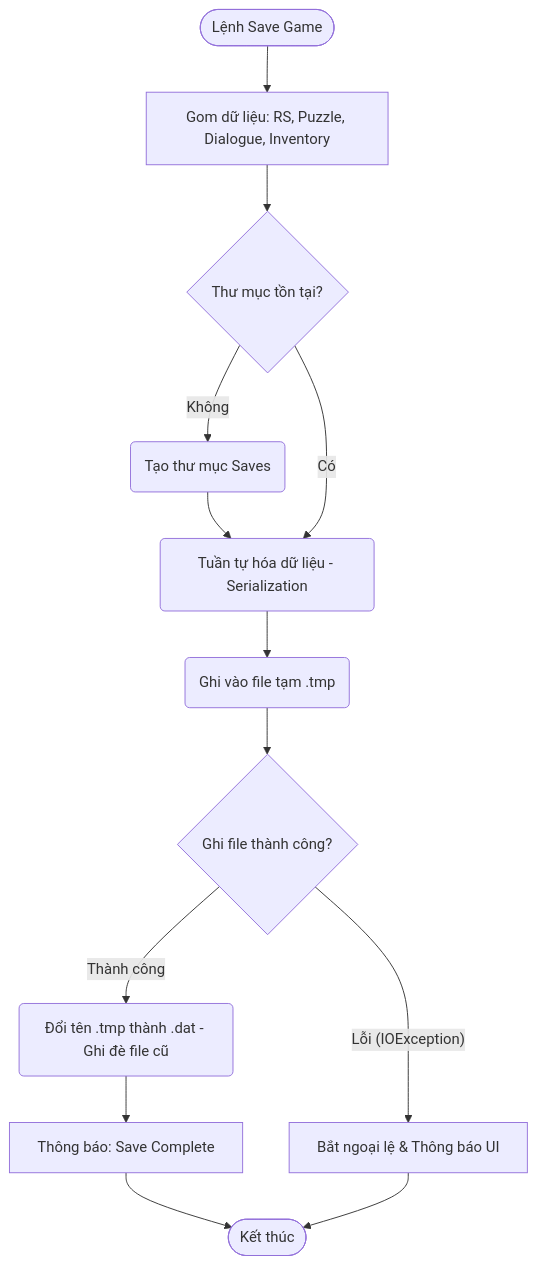
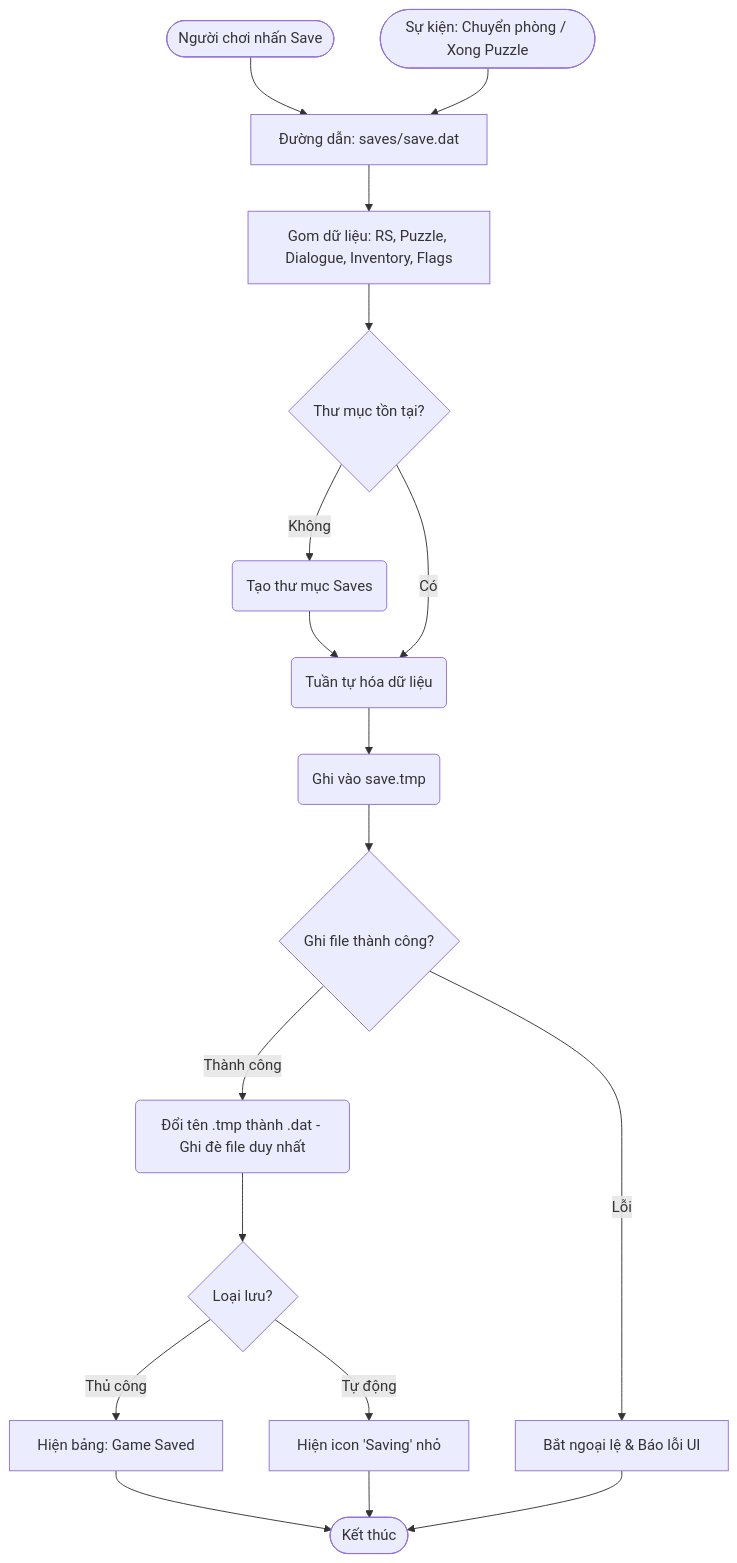
The first of 5 diagrams in UML/Sequence.md (trieuwu/Gnivol), drawn with Mermaid before and after one commit. The commit also changed other lines of this file, not shown here.

Commit message:
update saving logic

````diff
--- a/UML/Sequence.md
+++ b/UML/Sequence.md
@@ -1,19 +2,30 @@
 ```mermaid
 flowchart TD
-    Start([Lệnh Save Game]) --> Collect[Gom dữ liệu: RS, Puzzle, Dialogue, Inventory]
+%% Khởi đầu từ 2 hướng
+    TriggerManual([Người chơi nhấn Save]) --> SetSinglePath[Đường dẫn: saves/save.dat]
+    TriggerAuto([Sự kiện: Chuyển phòng / Xong Puzzle]) --> SetSinglePath
+
+    SetSinglePath --> Collect[Gom dữ liệu: RS, Puzzle, Dialogue, Inventory, Flags]
+
     Collect --> CheckDir{Thư mục tồn tại?}
-
     CheckDir -- "Không" --> CreateDir(Tạo thư mục Saves)
     CreateDir --> Serialize
-    CheckDir -- "Có" --> Serialize(Tuần tự hóa dữ liệu - Serialization)
+    CheckDir -- "Có" --> Serialize(Tuần tự hóa dữ liệu)
 
-    Serialize --> WriteTemp(Ghi vào file tạm .tmp)
+    Serialize --> WriteTemp(Ghi vào save.tmp)
     WriteTemp --> Verify{Ghi file thành công?}
 
-    Verify -- "Lỗi (IOException)" --> CatchErr[Bắt ngoại lệ & Thông báo UI]
-    Verify -- "Thành công" --> Rename(Đổi tên .tmp thành .dat - Ghi đè file cũ)
+%% Xử lý ngoại lệ
+    Verify -- "Lỗi" --> CatchErr[Bắt ngoại lệ & Báo lỗi UI]
 
-    Rename --> Success[Thông báo: Save Complete]
+%% Xử lý thành công
+    Verify -- "Thành công" --> Rename(Đổi tên .tmp thành .dat - Ghi đè file duy nhất)
+
+    Rename --> CheckType{Loại lưu?}
+    CheckType -- "Thủ công" --> Success[Hiện bảng: Game Saved]
+    CheckType -- "Tự động" --> Silent[Hiện icon 'Saving' nhỏ]
+
     Success --> End([Kết thúc])
+    Silent --> End
     CatchErr --> End
 ```
````
